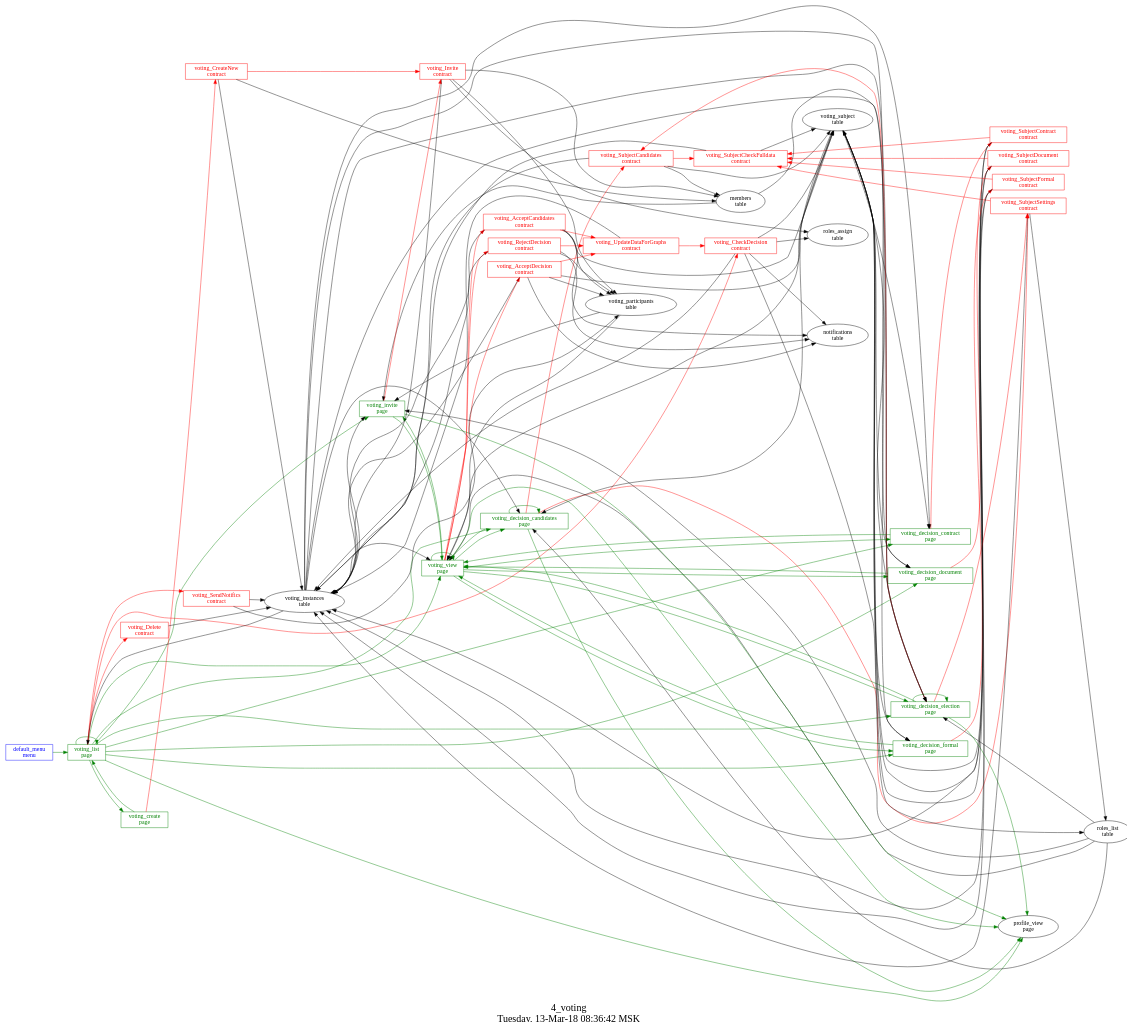
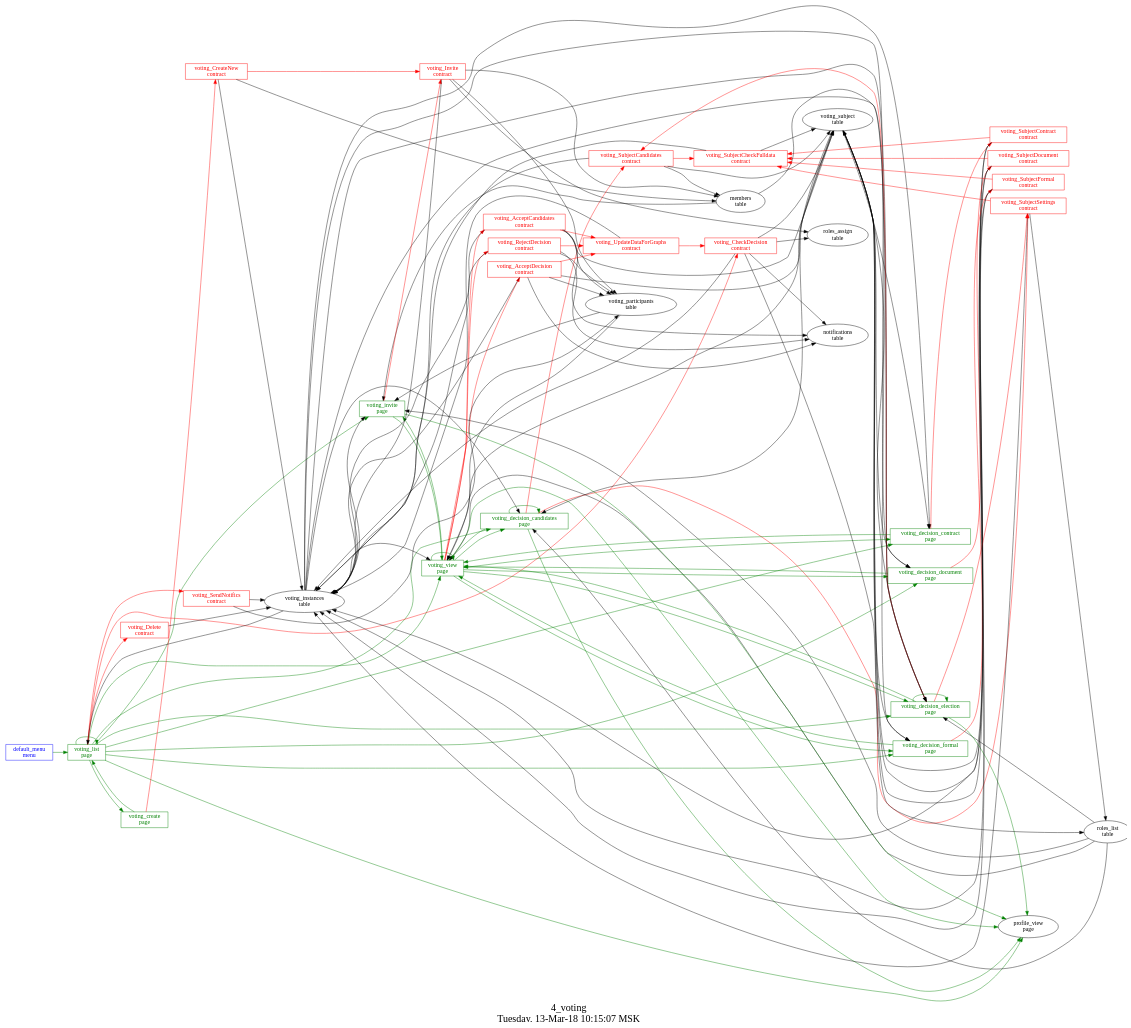
One commit to AplaProject/apps changed the diagram in src/basic/common/4_voting/struct.dot. Above: the diagram before and after it, drawn with Graphviz. The commit also changed 2 other files, not shown here.

Commit message:
fixed find voting

```diff
--- a/src/basic/common/4_voting/struct.dot
+++ b/src/basic/common/4_voting/struct.dot
@@ -1,155 +1,155 @@
 digraph G {
 graph [
   fontsize="24";
-  label="4_voting\nTuesday, 13-Mar-18 08:36:42 MSK";
+  label="4_voting\nTuesday, 13-Mar-18 10:15:07 MSK";
   nojustify=true;
   ordering=out;
   rankdir=LR;
   size="30";
 ];
 "default_menu\nmenu" -> "voting_list\npage"  [ color=green ]
 "default_menu\nmenu" [color=blue, fontcolor=blue, group=menus, shape=record];
 "voting_create\npage" -> "voting_CreateNew\ncontract"  [ color=red ]
 "voting_create\npage" -> "voting_list\npage"  [ color=green ]
 "voting_create\npage" [color=green, fontcolor=green, group=pages, shape=record];
 "voting_decision_candidates\npage" -> "voting_SubjectCandidates\ncontract"  [ color=red ]
 "voting_decision_candidates\npage" -> "voting_SubjectSettings\ncontract"  [ color=red ]
 "voting_instances\ntable" -> "voting_decision_candidates\npage"  [ color="" ]
 "voting_subject\ntable" -> "voting_decision_candidates\npage"  [ color="" ]
 "roles_list\ntable" -> "voting_decision_candidates\npage"  [ color="" ]
 "voting_decision_candidates\npage" -> "voting_decision_candidates\npage"  [ color=green ]
 "voting_decision_candidates\npage" -> "profile_view\npage"  [ color=green ]
 "voting_decision_candidates\npage" -> "voting_view\npage"  [ color=green ]
 "voting_decision_candidates\npage" [color=green, fontcolor=green, group=pages, shape=record];
 "voting_decision_contract\npage" -> "voting_SubjectContract\ncontract"  [ color=red ]
 "voting_instances\ntable" -> "voting_decision_contract\npage"  [ color="" ]
 "voting_subject\ntable" -> "voting_decision_contract\npage"  [ color="" ]
 "voting_decision_contract\npage" -> "voting_view\npage"  [ color=green ]
 "voting_decision_contract\npage" [color=green, fontcolor=green, group=pages, shape=record];
 "voting_decision_document\npage" -> "voting_SubjectDocument\ncontract"  [ color=red ]
 "voting_instances\ntable" -> "voting_decision_document\npage"  [ color="" ]
 "voting_subject\ntable" -> "voting_decision_document\npage"  [ color="" ]
 "voting_decision_document\npage" -> "voting_view\npage"  [ color=green ]
 "voting_decision_document\npage" [color=green, fontcolor=green, group=pages, shape=record];
 "voting_decision_election\npage" -> "voting_SubjectCandidates\ncontract"  [ color=red ]
 "voting_decision_election\npage" -> "voting_SubjectSettings\ncontract"  [ color=red ]
 "voting_instances\ntable" -> "voting_decision_election\npage"  [ color="" ]
 "members\ntable" -> "voting_decision_election\npage"  [ color="" ]
 "voting_subject\ntable" -> "voting_decision_election\npage"  [ color="" ]
 "roles_list\ntable" -> "voting_decision_election\npage"  [ color="" ]
 "voting_decision_election\npage" -> "voting_decision_election\npage"  [ color=green ]
 "voting_decision_election\npage" -> "profile_view\npage"  [ color=green ]
 "voting_decision_election\npage" -> "voting_view\npage"  [ color=green ]
 "voting_decision_election\npage" [color=green, fontcolor=green, group=pages, shape=record];
 "voting_decision_formal\npage" -> "voting_SubjectFormal\ncontract"  [ color=red ]
 "voting_instances\ntable" -> "voting_decision_formal\npage"  [ color="" ]
 "voting_subject\ntable" -> "voting_decision_formal\npage"  [ color="" ]
 "voting_decision_formal\npage" -> "voting_view\npage"  [ color=green ]
 "voting_decision_formal\npage" [color=green, fontcolor=green, group=pages, shape=record];
 "voting_invite\npage" -> "voting_Invite\ncontract"  [ color=red ]
 "voting_instances\ntable" -> "voting_invite\npage"  [ color="" ]
 "voting_participants\ntable" -> "voting_invite\npage"  [ color="" ]
 "members\ntable" -> "voting_invite\npage"  [ color="" ]
 "roles_list\ntable" -> "voting_invite\npage"  [ color="" ]
 "voting_invite\npage" -> "profile_view\npage"  [ color=green ]
 "voting_invite\npage" -> "voting_view\npage"  [ color=green ]
 "voting_invite\npage" [color=green, fontcolor=green, group=pages, shape=record];
 "voting_list\npage" -> "voting_SendNotifics\ncontract"  [ color=red ]
 "voting_list\npage" -> "voting_CheckDecision\ncontract"  [ color=red ]
 "voting_list\npage" -> "voting_Delete\ncontract"  [ color=red ]
 "voting_instances\ntable" -> "voting_list\npage"  [ color="" ]
 "voting_list\npage" -> "voting_view\npage"  [ color=green ]
 "voting_list\npage" -> "voting_decision_candidates\npage"  [ color=green ]
 "voting_list\npage" -> "voting_decision_election\npage"  [ color=green ]
 "voting_list\npage" -> "voting_decision_document\npage"  [ color=green ]
 "voting_list\npage" -> "voting_decision_formal\npage"  [ color=green ]
 "voting_list\npage" -> "voting_decision_contract\npage"  [ color=green ]
 "voting_list\npage" -> "voting_invite\npage"  [ color=green ]
 "voting_list\npage" -> "voting_list\npage"  [ color=green ]
 "voting_list\npage" -> "profile_view\npage"  [ color=green ]
 "voting_list\npage" -> "voting_create\npage"  [ color=green ]
 "voting_list\npage" [color=green, fontcolor=green, group=pages, shape=record];
 "voting_view\npage" -> "voting_AcceptCandidates\ncontract"  [ color=red ]
 "voting_view\npage" -> "voting_RejectDecision\ncontract"  [ color=red ]
 "voting_view\npage" -> "voting_AcceptDecision\ncontract"  [ color=red ]
 "voting_instances\ntable" -> "voting_view\npage"  [ color="" ]
 "voting_participants\ntable" -> "voting_view\npage"  [ color="" ]
 "roles_list\ntable" -> "voting_view\npage"  [ color="" ]
 "voting_subject\ntable" -> "voting_view\npage"  [ color="" ]
 "voting_view\npage" -> "profile_view\npage"  [ color=green ]
 "voting_view\npage" -> "voting_view\npage"  [ color=green ]
 "voting_view\npage" -> "voting_decision_candidates\npage"  [ color=green ]
 "voting_view\npage" -> "voting_decision_election\npage"  [ color=green ]
 "voting_view\npage" -> "voting_decision_document\npage"  [ color=green ]
 "voting_view\npage" -> "voting_decision_formal\npage"  [ color=green ]
 "voting_view\npage" -> "voting_decision_contract\npage"  [ color=green ]
 "voting_view\npage" -> "voting_invite\npage"  [ color=green ]
 "voting_view\npage" [color=green, fontcolor=green, group=pages, shape=record];
 "voting_AcceptCandidates\ncontract" -> "voting_UpdateDataForGraphs\ncontract"  [ color=red ]
 "voting_AcceptCandidates\ncontract" -> "voting_instances\ntable"  [ color="" ]
 "voting_AcceptCandidates\ncontract" -> "voting_subject\ntable"  [ color="" ]
 "voting_AcceptCandidates\ncontract" -> "voting_participants\ntable"  [ color="" ]
 "voting_AcceptCandidates\ncontract" -> "notifications\ntable"  [ color="" ]
 "voting_AcceptCandidates\ncontract" [color=red, fontcolor=red, group=contracts, shape=record];
 "voting_AcceptDecision\ncontract" -> "voting_UpdateDataForGraphs\ncontract"  [ color=red ]
 "voting_AcceptDecision\ncontract" -> "voting_instances\ntable"  [ color="" ]
 "voting_AcceptDecision\ncontract" -> "voting_subject\ntable"  [ color="" ]
 "voting_AcceptDecision\ncontract" -> "voting_participants\ntable"  [ color="" ]
 "voting_AcceptDecision\ncontract" -> "notifications\ntable"  [ color="" ]
 "voting_AcceptDecision\ncontract" [color=red, fontcolor=red, group=contracts, shape=record];
 "voting_CheckDecision\ncontract" -> "voting_instances\ntable"  [ color="" ]
 "voting_CheckDecision\ncontract" -> "voting_subject\ntable"  [ color="" ]
 "voting_CheckDecision\ncontract" -> "notifications\ntable"  [ color="" ]
 "voting_CheckDecision\ncontract" -> "roles_list\ntable"  [ color="" ]
 "voting_CheckDecision\ncontract" -> "roles_assign\ntable"  [ color="" ]
 "voting_CheckDecision\ncontract" [color=red, fontcolor=red, group=contracts, shape=record];
 "voting_CreateNew\ncontract" -> "voting_Invite\ncontract"  [ color=red ]
 "voting_CreateNew\ncontract" -> "members\ntable"  [ color="" ]
 "voting_CreateNew\ncontract" -> "voting_instances\ntable"  [ color="" ]
 "voting_CreateNew\ncontract" [color=red, fontcolor=red, group=contracts, shape=record];
 "voting_Delete\ncontract" -> "voting_instances\ntable"  [ color="" ]
 "voting_Delete\ncontract" [color=red, fontcolor=red, group=contracts, shape=record];
 "voting_Invite\ncontract" -> "voting_instances\ntable"  [ color="" ]
 "voting_Invite\ncontract" -> "voting_participants\ntable"  [ color="" ]
 "voting_Invite\ncontract" -> "members\ntable"  [ color="" ]
 "voting_Invite\ncontract" -> "roles_assign\ntable"  [ color="" ]
 "voting_Invite\ncontract" [color=red, fontcolor=red, group=contracts, shape=record];
 "voting_RejectDecision\ncontract" -> "voting_UpdateDataForGraphs\ncontract"  [ color=red ]
 "voting_RejectDecision\ncontract" -> "voting_instances\ntable"  [ color="" ]
 "voting_RejectDecision\ncontract" -> "voting_participants\ntable"  [ color="" ]
 "voting_RejectDecision\ncontract" -> "notifications\ntable"  [ color="" ]
 "voting_RejectDecision\ncontract" [color=red, fontcolor=red, group=contracts, shape=record];
 "voting_SendNotifics\ncontract" -> "voting_instances\ntable"  [ color="" ]
 "voting_SendNotifics\ncontract" -> "voting_participants\ntable"  [ color="" ]
 "voting_SendNotifics\ncontract" [color=red, fontcolor=red, group=contracts, shape=record];
 "voting_SubjectCandidates\ncontract" -> "voting_SubjectCheckFulldata\ncontract"  [ color=red ]
 "voting_SubjectCandidates\ncontract" -> "voting_instances\ntable"  [ color="" ]
 "voting_SubjectCandidates\ncontract" -> "voting_subject\ntable"  [ color="" ]
 "voting_SubjectCandidates\ncontract" -> "members\ntable"  [ color="" ]
 "voting_SubjectCandidates\ncontract" [color=red, fontcolor=red, group=contracts, shape=record];
 "voting_SubjectCheckFulldata\ncontract" -> "voting_instances\ntable"  [ color="" ]
 "voting_SubjectCheckFulldata\ncontract" -> "voting_subject\ntable"  [ color="" ]
 "voting_SubjectCheckFulldata\ncontract" [color=red, fontcolor=red, group=contracts, shape=record];
 "voting_SubjectContract\ncontract" -> "voting_SubjectCheckFulldata\ncontract"  [ color=red ]
 "voting_SubjectContract\ncontract" -> "voting_instances\ntable"  [ color="" ]
 "voting_SubjectContract\ncontract" -> "voting_subject\ntable"  [ color="" ]
 "voting_SubjectContract\ncontract" [color=red, fontcolor=red, group=contracts, shape=record];
 "voting_SubjectDocument\ncontract" -> "voting_SubjectCheckFulldata\ncontract"  [ color=red ]
 "voting_SubjectDocument\ncontract" -> "voting_instances\ntable"  [ color="" ]
 "voting_SubjectDocument\ncontract" -> "voting_subject\ntable"  [ color="" ]
 "voting_SubjectDocument\ncontract" [color=red, fontcolor=red, group=contracts, shape=record];
 "voting_SubjectFormal\ncontract" -> "voting_SubjectCheckFulldata\ncontract"  [ color=red ]
 "voting_SubjectFormal\ncontract" -> "voting_instances\ntable"  [ color="" ]
 "voting_SubjectFormal\ncontract" -> "voting_subject\ntable"  [ color="" ]
 "voting_SubjectFormal\ncontract" [color=red, fontcolor=red, group=contracts, shape=record];
 "voting_SubjectSettings\ncontract" -> "voting_SubjectCheckFulldata\ncontract"  [ color=red ]
 "voting_SubjectSettings\ncontract" -> "voting_instances\ntable"  [ color="" ]
 "voting_SubjectSettings\ncontract" -> "roles_list\ntable"  [ color="" ]
 "voting_SubjectSettings\ncontract" [color=red, fontcolor=red, group=contracts, shape=record];
 "voting_UpdateDataForGraphs\ncontract" -> "voting_CheckDecision\ncontract"  [ color=red ]
 "voting_UpdateDataForGraphs\ncontract" -> "voting_instances\ntable"  [ color="" ]
 "voting_UpdateDataForGraphs\ncontract" [color=red, fontcolor=red, group=contracts, shape=record];
 "voting_instances\ntable" [color="", fontcolor="", group=tables, shape=""];
 "voting_participants\ntable" [color="", fontcolor="", group=tables, shape=""];
 "voting_subject\ntable" [color="", fontcolor="", group=tables, shape=""];
 }
```
